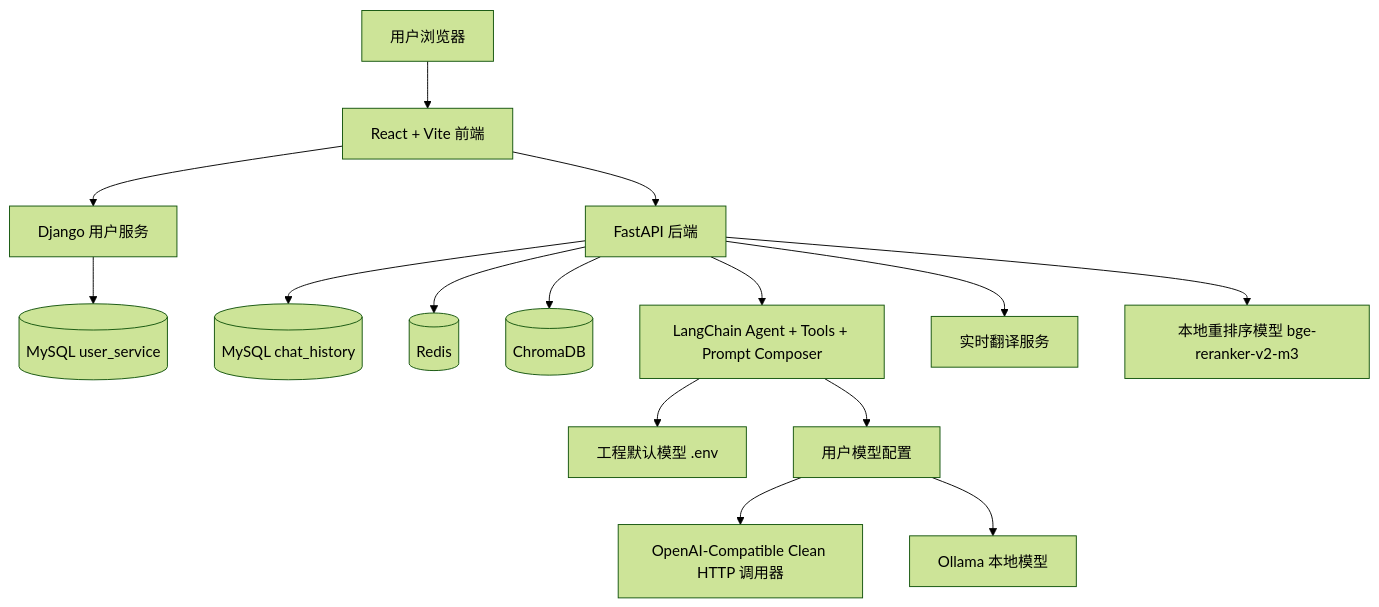
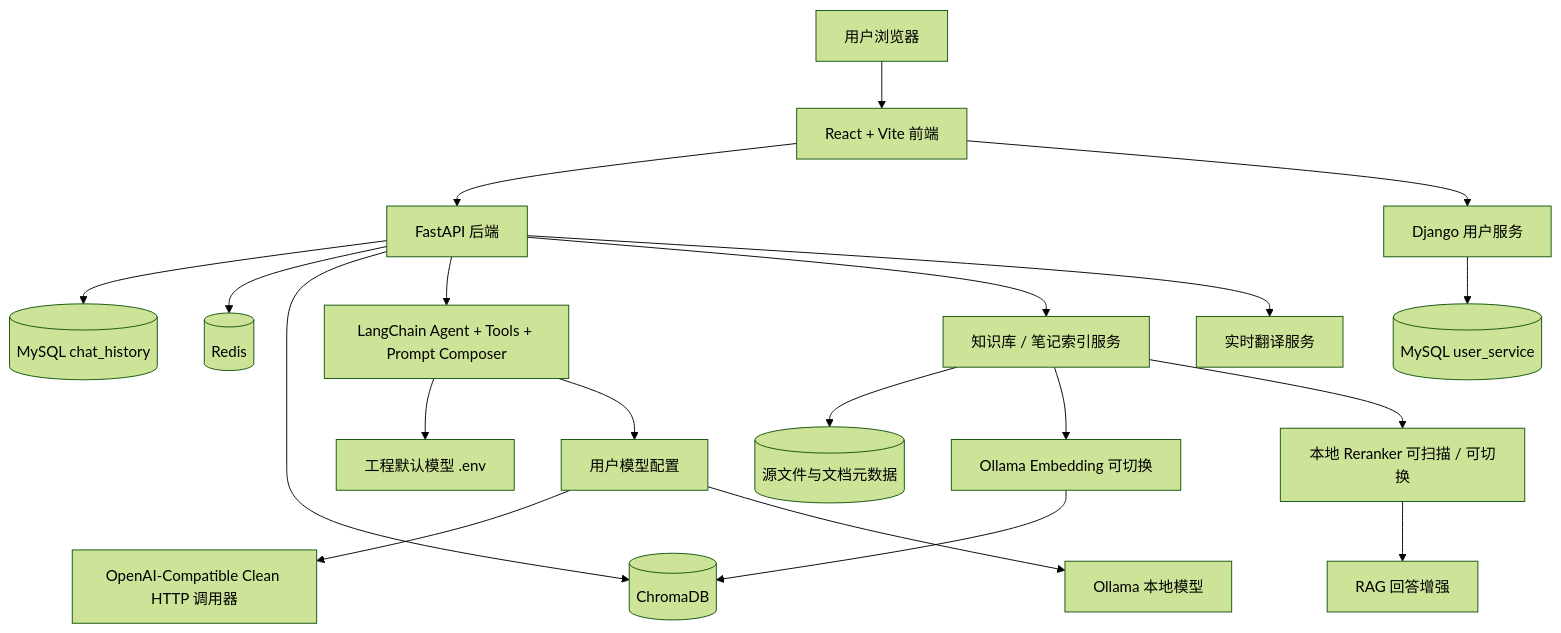
The diagram in README.md (STliuEN/Doki-Assistant), drawn with Mermaid (forest theme) before and after one commit. The commit also changed other lines of this file and 17 other files, not shown here.

````diff
--- a/README.md
+++ b/README.md
@@ -82,17 +82,22 @@
 ```mermaid
 flowchart TD
   U[用户浏览器] --> F[React + Vite 前端]
   F --> B[FastAPI 后端]
   F --> D[Django 用户服务]
   D --> UserDB[(MySQL user_service)]
   B --> AppDB[(MySQL chat_history)]
   B --> Redis[(Redis)]
   B --> Chroma[(ChromaDB)]
   B --> Agent[LangChain Agent + Tools + Prompt Composer]
+  B --> Knowledge[知识库 / 笔记索引服务]
   B --> Translate[实时翻译服务]
   Agent --> DefaultLLM[工程默认模型 .env]
   Agent --> UserLLM[用户模型配置]
   UserLLM --> CleanOpenAI[OpenAI-Compatible Clean HTTP 调用器]
   UserLLM --> Ollama[Ollama 本地模型]
-  B --> Reranker[本地重排序模型 bge-reranker-v2-m3]
+  Knowledge --> SourceFiles[(源文件与文档元数据)]
+  Knowledge --> Embedding[Ollama Embedding 可切换]
+  Knowledge --> Reranker[本地 Reranker 可扫描 / 可切换]
+  Embedding --> Chroma
+  Reranker --> RagAnswer[RAG 回答增强]
 ```
````
